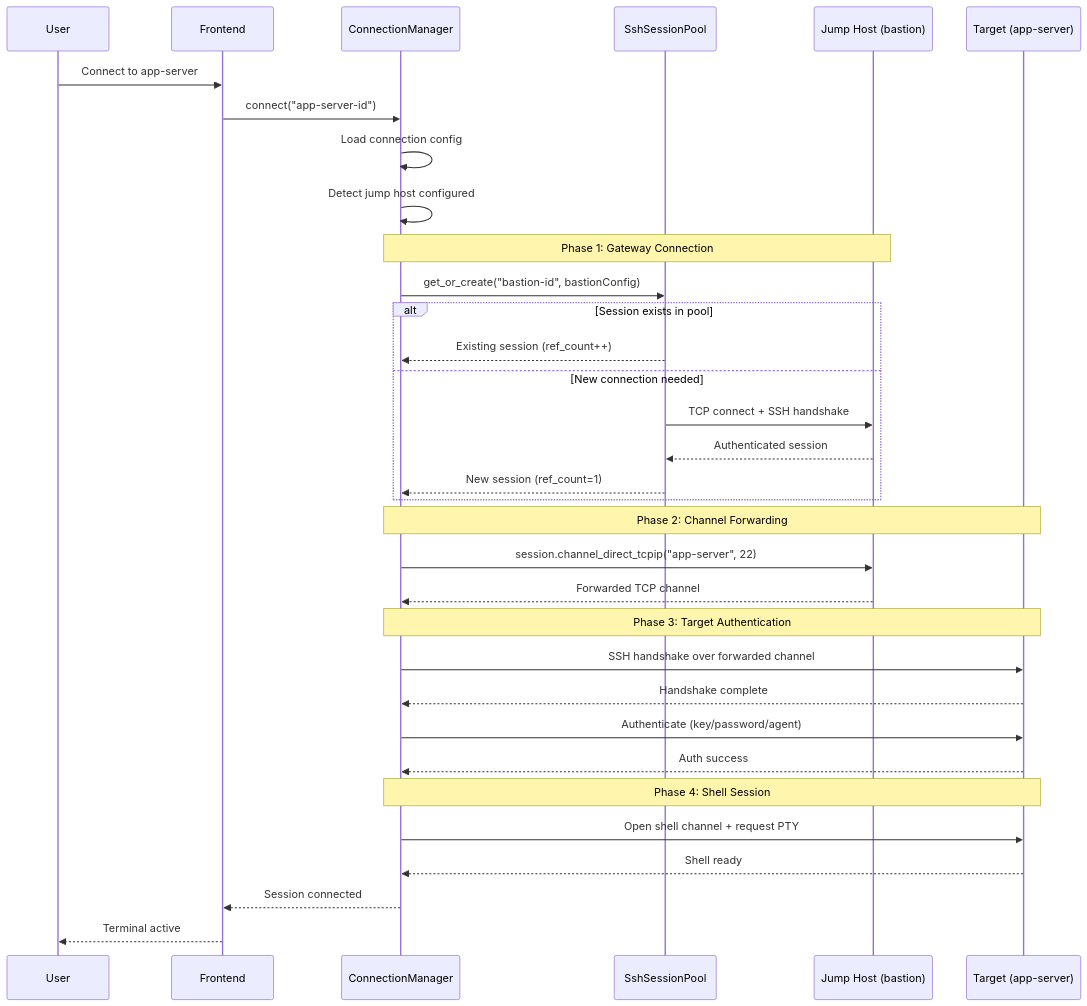
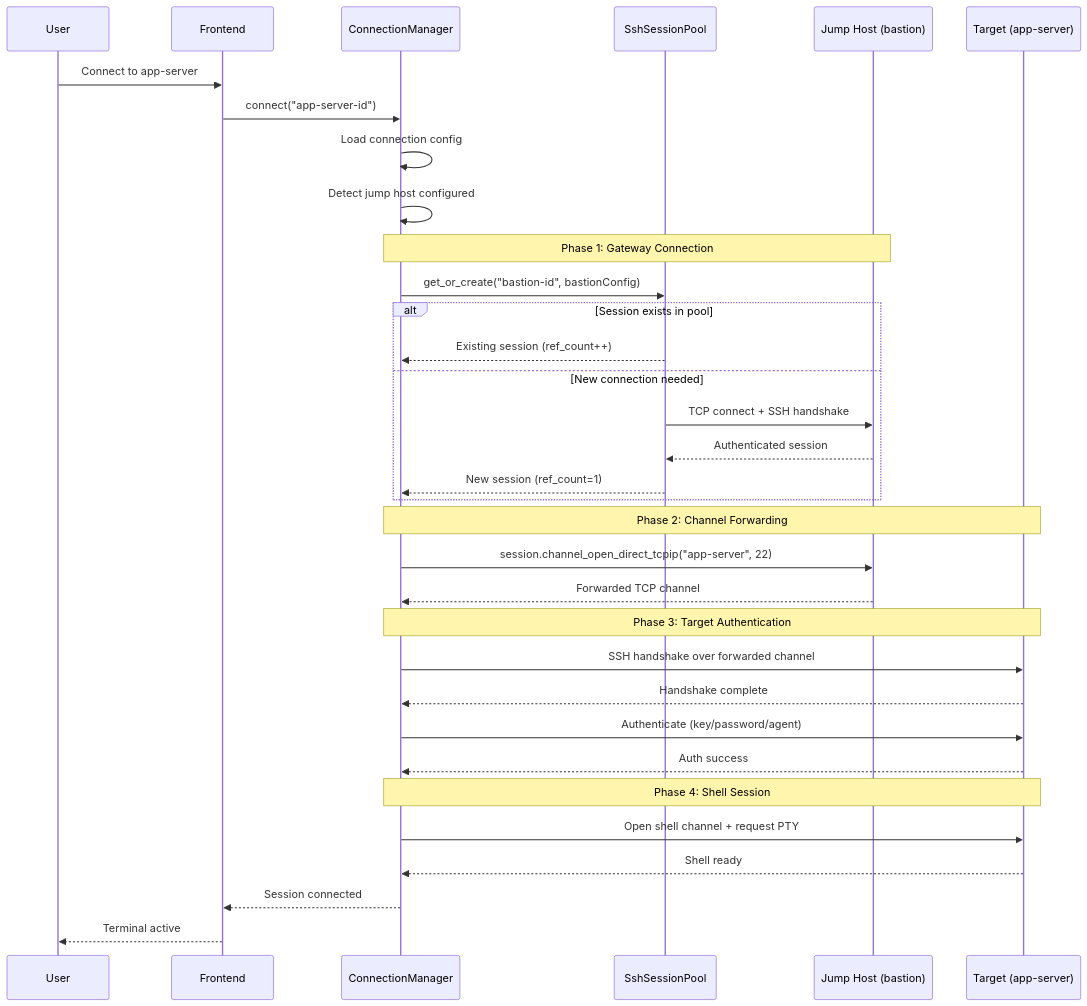
The sixth of 9 diagrams in docs/concepts/backlog/ssh-jump-host/behavior.md (armaxri/termiHub), drawn with Mermaid before and after one commit. The commit also changed other lines of this file and 2 other files, not shown here.

````diff
--- a/docs/concepts/backlog/ssh-jump-host/behavior.md
+++ b/docs/concepts/backlog/ssh-jump-host/behavior.md
@@ -166,40 +166,40 @@
 ```mermaid
 sequenceDiagram
     participant User
     participant FE as Frontend
     participant CM as ConnectionManager
     participant Pool as SshSessionPool
     participant JH as Jump Host (bastion)
     participant TGT as Target (app-server)
 
     User->>FE: Connect to app-server
     FE->>CM: connect("app-server-id")
     CM->>CM: Load connection config
     CM->>CM: Detect jump host configured
 
     Note over CM,JH: Phase 1: Gateway Connection
     CM->>Pool: get_or_create("bastion-id", bastionConfig)
     alt Session exists in pool
         Pool-->>CM: Existing session (ref_count++)
     else New connection needed
         Pool->>JH: TCP connect + SSH handshake
         JH-->>Pool: Authenticated session
         Pool-->>CM: New session (ref_count=1)
     end
 
     Note over CM,TGT: Phase 2: Channel Forwarding
-    CM->>JH: session.channel_direct_tcpip("app-server", 22)
+    CM->>JH: session.channel_open_direct_tcpip("app-server", 22)
     JH-->>CM: Forwarded TCP channel
 
     Note over CM,TGT: Phase 3: Target Authentication
     CM->>TGT: SSH handshake over forwarded channel
     TGT-->>CM: Handshake complete
     CM->>TGT: Authenticate (key/password/agent)
     TGT-->>CM: Auth success
 
     Note over CM,TGT: Phase 4: Shell Session
     CM->>TGT: Open shell channel + request PTY
     TGT-->>CM: Shell ready
     CM-->>FE: Session connected
     FE-->>User: Terminal active
 ```
````
